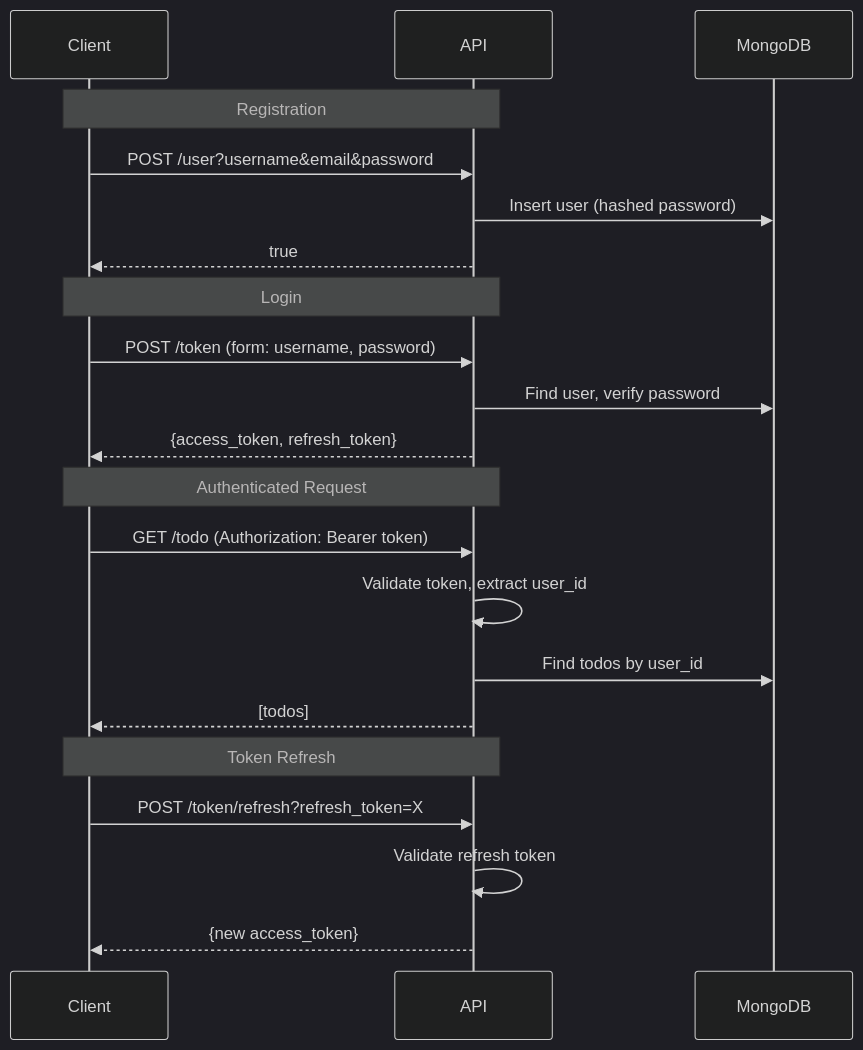
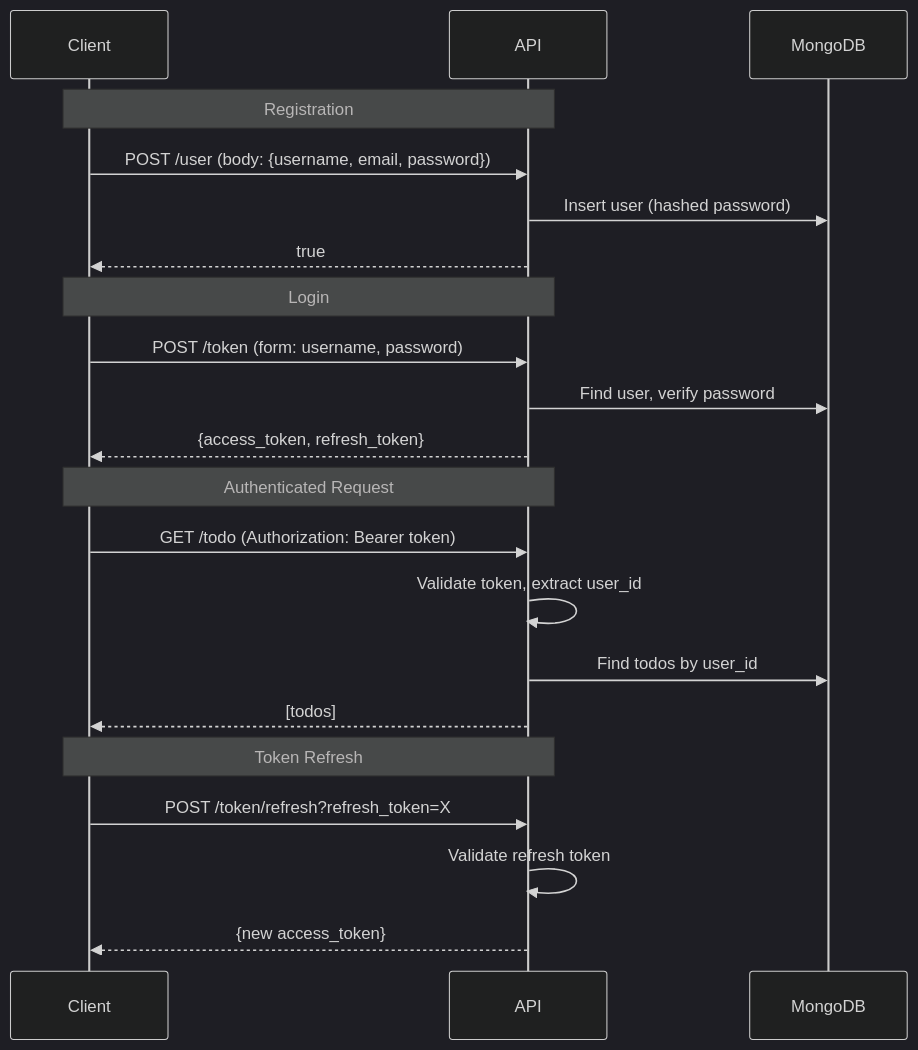
One commit to sajankp/to-do changed the second of 3 diagrams in docs/ARCHITECTURE.md. Above: the diagram before and after it, drawn with Mermaid (dark theme). The commit also changed other lines of this file and 1 other file, not shown here.

Commit message:
fix(security): refactor registration to use JSON body instead of query params

````diff
--- a/docs/ARCHITECTURE.md
+++ b/docs/ARCHITECTURE.md
@@ -168,27 +168,27 @@
 ```mermaid
 sequenceDiagram
     participant C as Client
     participant A as API
     participant DB as MongoDB
 
     Note over C,A: Registration
-    C->>A: POST /user?username&email&password
+    C->>A: POST /user (body: {username, email, password})
     A->>DB: Insert user (hashed password)
     A-->>C: true
 
     Note over C,A: Login
     C->>A: POST /token (form: username, password)
     A->>DB: Find user, verify password
     A-->>C: {access_token, refresh_token}
 
     Note over C,A: Authenticated Request
     C->>A: GET /todo (Authorization: Bearer token)
     A->>A: Validate token, extract user_id
     A->>DB: Find todos by user_id
     A-->>C: [todos]
 
     Note over C,A: Token Refresh
     C->>A: POST /token/refresh?refresh_token=X
     A->>A: Validate refresh token
     A-->>C: {new access_token}
 ```
````
